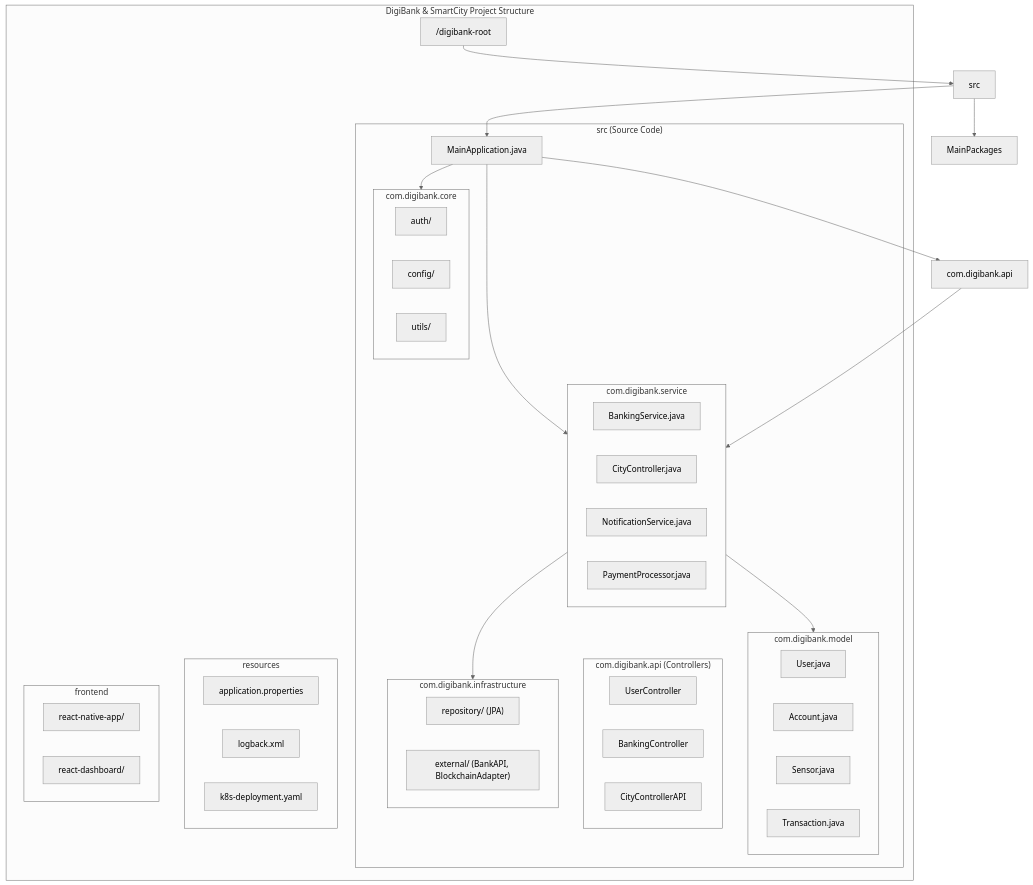
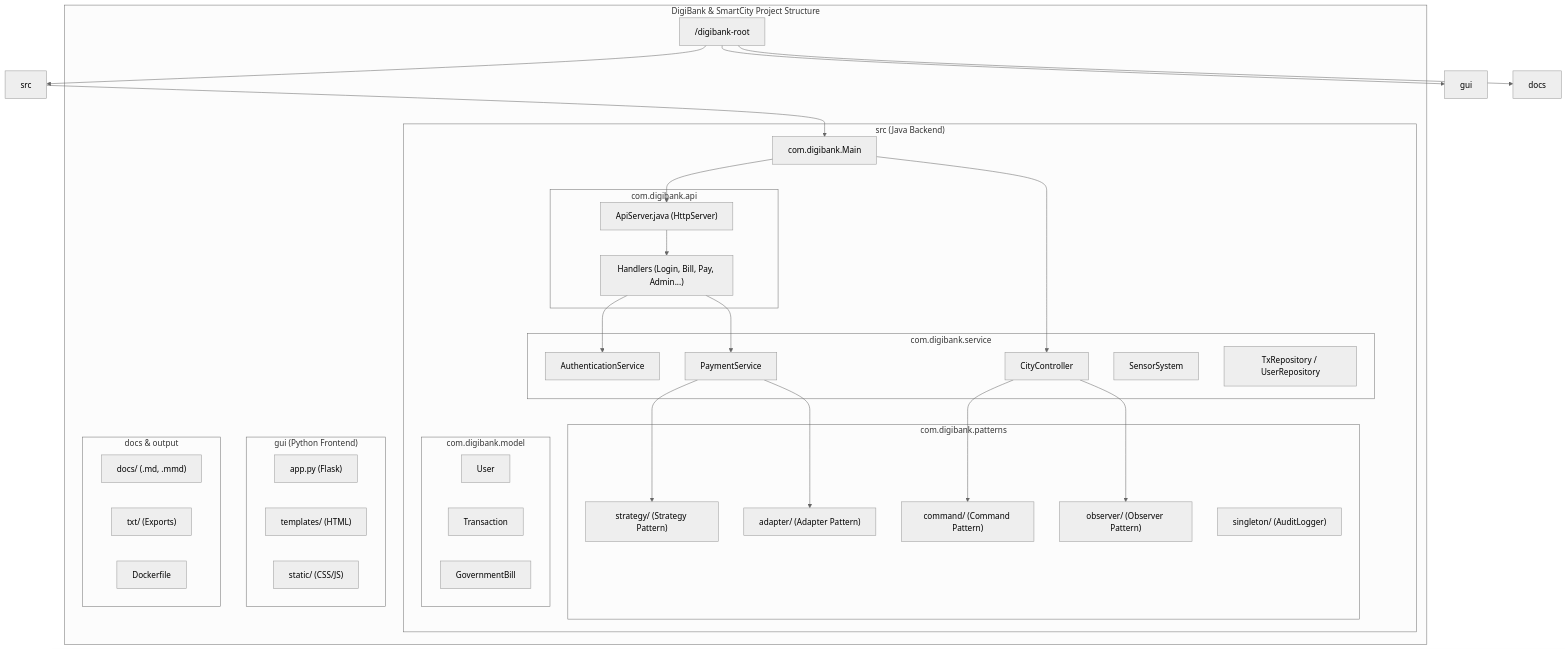
Before and after one commit to ferdiozaydin/digibank: the diagram in docs/ek_c_source_structure.mmd, drawn with Mermaid. The commit also changed 8 other files, not shown here.

```diff
--- a/docs/ek_c_source_structure.mmd
+++ b/docs/ek_c_source_structure.mmd
@@ -1,67 +1,69 @@
 ---
 config:
   theme: neutral
 ---
 graph TD
     subgraph "DigiBank & SmartCity Project Structure"
         Root["/digibank-root"]
         
-        subgraph "src (Source Code)"
-            MainApp["MainApplication.java"]
+        subgraph "src (Java Backend)"
+            MainApp["com.digibank.Main"]
             
-            subgraph "com.digibank.core"
-                Auth["auth/"]
-                Config["config/"]
-                Utils["utils/"]
+            subgraph "com.digibank.api"
+                ApiSrv["ApiServer.java (HttpServer)"]
+                Handlers["Handlers (Login, Bill, Pay, Admin...)"]
             end
             
             subgraph "com.digibank.service"
-                BankSvc["BankingService.java"]
-                CitySvc["CityController.java"]
-                NotifSvc["NotificationService.java"]
-                PaymentSvc["PaymentProcessor.java"]
+                AuthSvc["AuthenticationService"]
+                PaySvc["PaymentService"]
+                CitySvc["CityController"]
+                SensorSvc["SensorSystem"]
+                Repos["TxRepository / UserRepository"]
+            end
+            
+            subgraph "com.digibank.patterns"
+                Cmd["command/ (Command Pattern)"]
+                Obs["observer/ (Observer Pattern)"]
+                Strat["strategy/ (Strategy Pattern)"]
+                Adpt["adapter/ (Adapter Pattern)"]
+                Sing["singleton/ (AuditLogger)"]
             end
             
             subgraph "com.digibank.model"
-                UserClass["User.java"]
-                AccountClass["Account.java"]
-                SensorClass["Sensor.java"]
-                TxnClass["Transaction.java"]
-            end
-            
-            subgraph "com.digibank.api (Controllers)"
-                UserCtrl["UserController"]
-                BankCtrl["BankingController"]
-                CityCtrl["CityControllerAPI"]
-            end
-            
-            subgraph "com.digibank.infrastructure"
-                Repos["repository/ (JPA)"]
-                ExtAPI["external/ (BankAPI, BlockchainAdapter)"]
+                UserClass["User"]
+                TxClass["Transaction"]
+                BillClass["GovernmentBill"]
             end
         end
 
-        subgraph "resources"
-            AppProp["application.properties"]
-            LogConfig["logback.xml"]
-            K8s["k8s-deployment.yaml"]
+        subgraph "gui (Python Frontend)"
+            AppPy["app.py (Flask)"]
+            Tmpl["templates/ (HTML)"]
+            Static["static/ (CSS/JS)"]
         end
-
-        subgraph "frontend"
-            Mobile["react-native-app/"]
-            Web["react-dashboard/"]
+        
+        subgraph "docs & output"
+             Docs["docs/ (.md, .mmd)"]
+             Txt["txt/ (Exports)"]
+             Dk["Dockerfile"]
         end
 
     end
 
     Root --> src
+    Root --> gui
+    Root --> docs
+    
     src --> MainApp
-    src --> MainPackages
+    MainApp --> ApiSrv
+    MainApp --> CitySvc
     
-    MainApp --> com.digibank.core
-    MainApp --> com.digibank.service
-    MainApp --> com.digibank.api
+    ApiSrv --> Handlers
+    Handlers --> AuthSvc
+    Handlers --> PaySvc
     
-    com.digibank.api --> com.digibank.service
-    com.digibank.service --> com.digibank.model
-    com.digibank.service --> com.digibank.infrastructure
+    PaySvc --> Strat
+    PaySvc --> Adpt
+    CitySvc --> Cmd
+    CitySvc --> Obs
```
